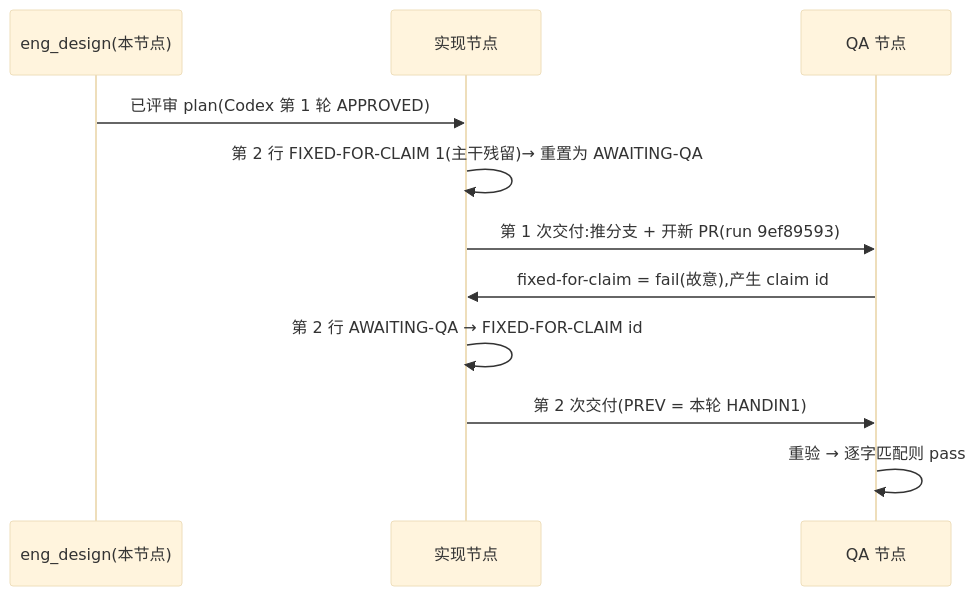
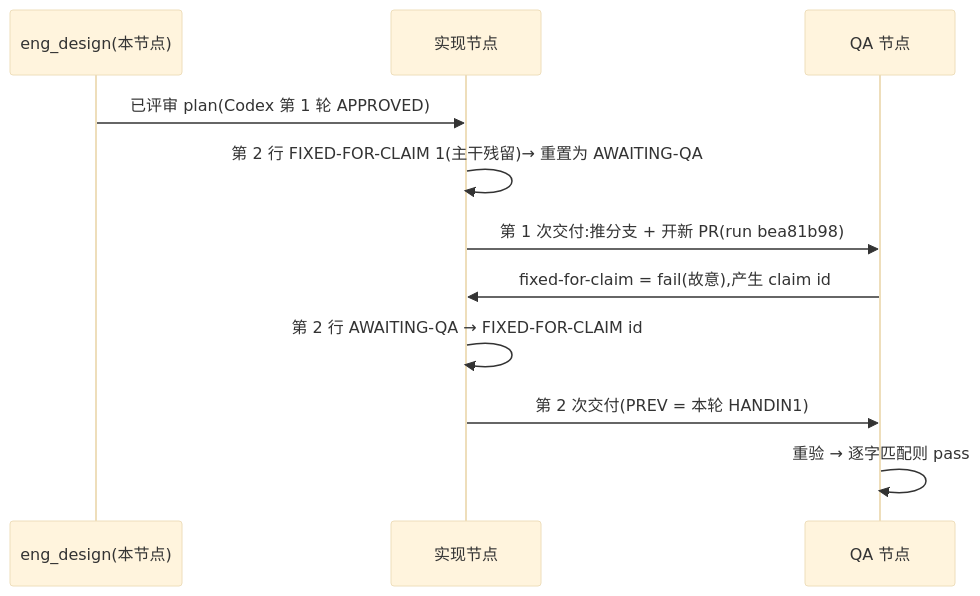
Before and after one commit to xrliAnnie/flywheel-qa-sandbox: the diagram in engineering/doc/FLY-3226-real-runner-drill/d1-core-flow.mmd, drawn with Mermaid (base theme). The commit also changed 2 other files, not shown here.

Commit message:
docs(qa-sbx): FLY-3226 design HTML for run bea81b98

```diff
--- a/engineering/doc/FLY-3226-real-runner-drill/d1-core-flow.mmd
+++ b/engineering/doc/FLY-3226-real-runner-drill/d1-core-flow.mmd
@@ -1,11 +1,11 @@
 sequenceDiagram
     participant S as eng_design(本节点)
     participant I as 实现节点
     participant Q as QA 节点
     S->>I: 已评审 plan(Codex 第 1 轮 APPROVED)
     I->>I: 第 2 行 FIXED-FOR-CLAIM 1(主干残留)→ 重置为 AWAITING-QA
-    I->>Q: 第 1 次交付:推分支 + 开新 PR(run 9ef89593)
+    I->>Q: 第 1 次交付:推分支 + 开新 PR(run bea81b98)
     Q->>I: fixed-for-claim = fail(故意),产生 claim id
     I->>I: 第 2 行 AWAITING-QA → FIXED-FOR-CLAIM id
     I->>Q: 第 2 次交付(PREV = 本轮 HANDIN1)
     Q->>Q: 重验 → 逐字匹配则 pass
```
